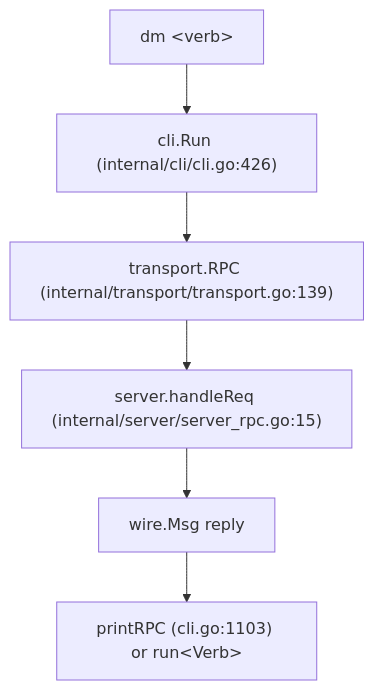
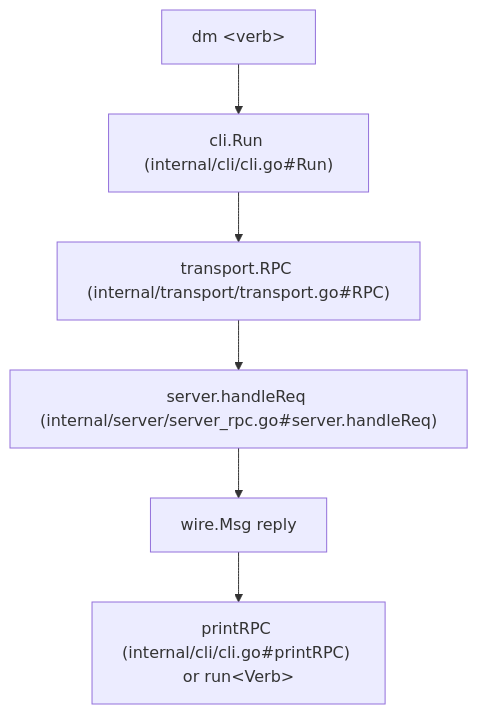
One commit to ladydascalie/dm changed the first of 2 diagrams in docs/internals/10-config.md. Above: the diagram before and after it, drawn with Mermaid. The commit also changed other lines of this file and 15 other files, not shown here.

````diff
--- a/docs/internals/10-config.md
+++ b/docs/internals/10-config.md
@@ -12,8 +12,8 @@
 ```mermaid
 flowchart TD
-  A["dm &lt;verb&gt;"] --> B["cli.Run (internal/cli/cli.go:426)"]
-  B --> C["transport.RPC (internal/transport/transport.go:139)"]
-  C --> D["server.handleReq (internal/server/server_rpc.go:15)"]
+  A["dm &lt;verb&gt;"] --> B["cli.Run (internal/cli/cli.go#Run)"]
+  B --> C["transport.RPC (internal/transport/transport.go#RPC)"]
+  C --> D["server.handleReq (internal/server/server_rpc.go#server.handleReq)"]
   D --> E["wire.Msg reply"]
-  E --> F["printRPC (cli.go:1103) or run&lt;Verb&gt;"]
+  E --> F["printRPC (internal/cli/cli.go#printRPC) or run&lt;Verb&gt;"]
 ```
````
